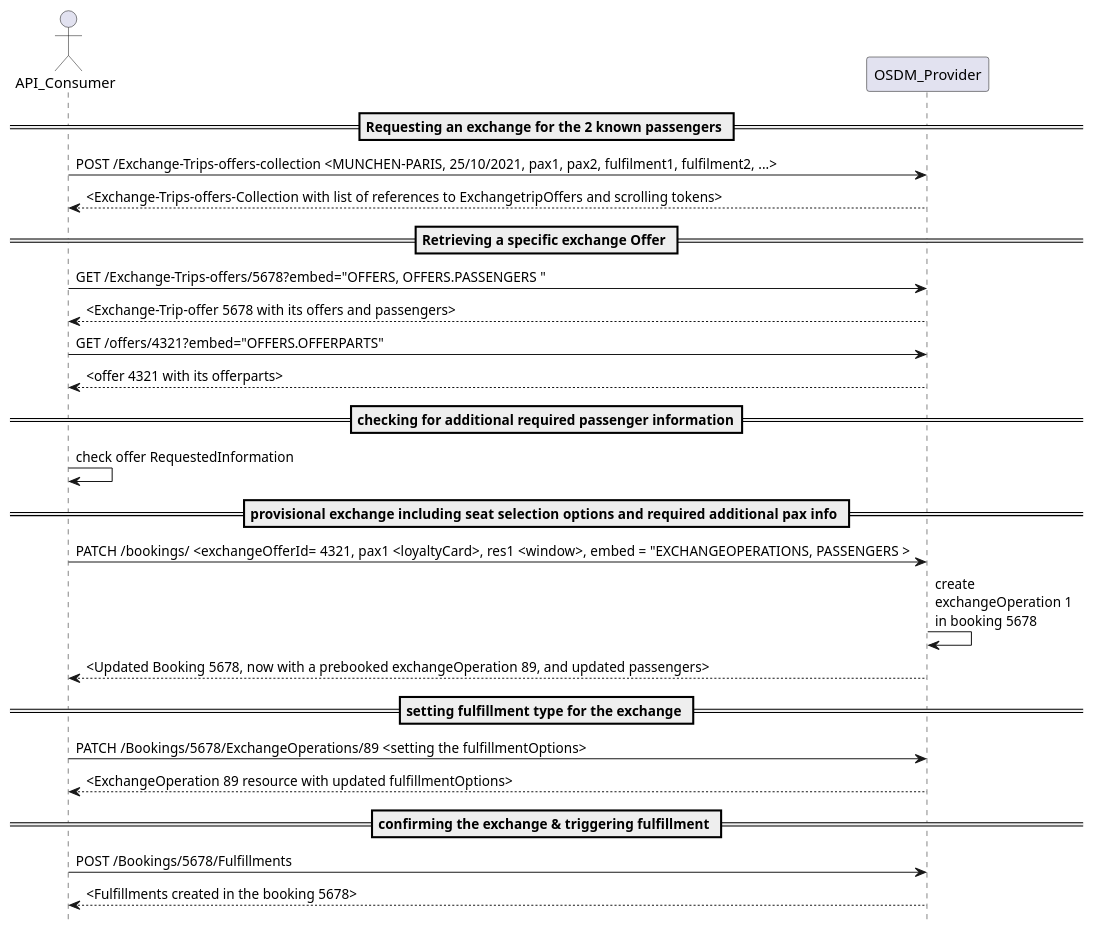
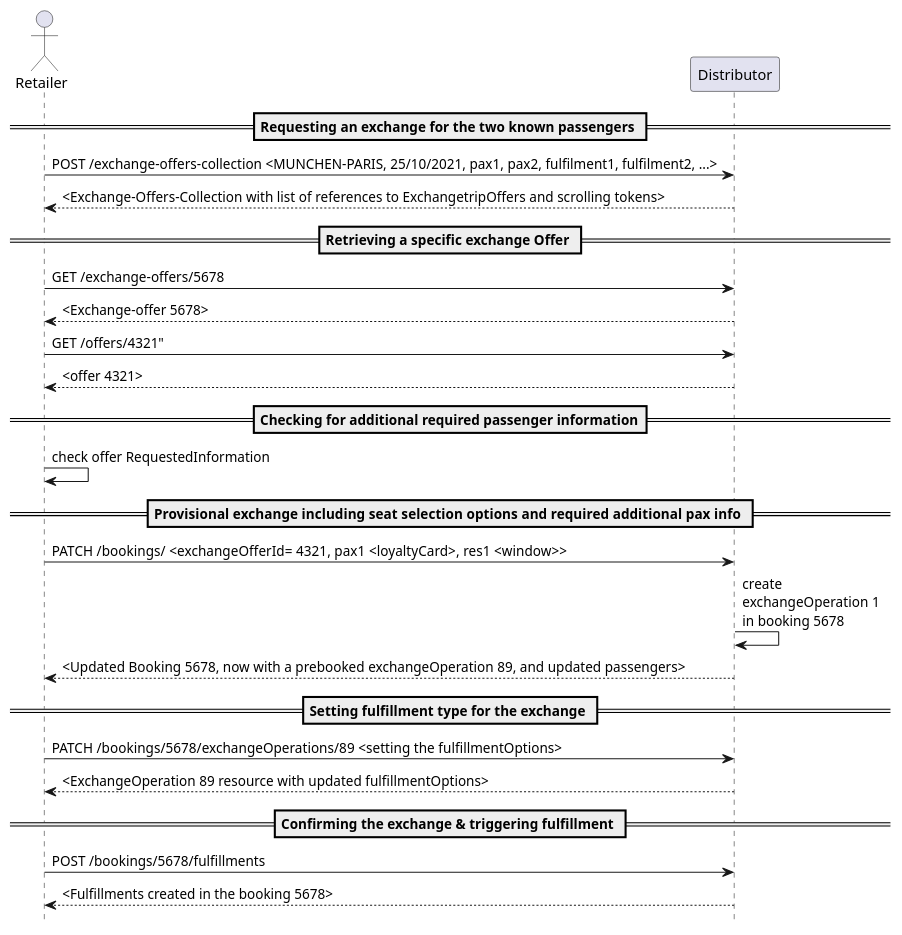
The diagram in images/processes/seq-exchange.puml (UnionInternationalCheminsdeFer/OSDM), drawn with PlantUML before and after one commit. The commit also changed 71 other files, not shown here.

```diff
--- a/images/processes/seq-exchange.puml
+++ b/images/processes/seq-exchange.puml
@@ -1,31 +1,31 @@
 @startuml
 hide footbox
 
-actor API_Consumer 
+actor Retailer
 
-== Requesting an exchange for the 2 known passengers ==
-API_Consumer -> OSDM_Provider: POST /Exchange-Trips-offers-collection <MUNCHEN-PARIS, 25/10/2021, pax1, pax2, fulfilment1, fulfilment2, ...>
-OSDM_Provider --> API_Consumer: <Exchange-Trips-offers-Collection with list of references to ExchangetripOffers and scrolling tokens>
+== Requesting an exchange for the two known passengers ==
+Retailer -> Distributor: POST /exchange-offers-collection <MUNCHEN-PARIS, 25/10/2021, pax1, pax2, fulfilment1, fulfilment2, ...>
+Distributor --> Retailer: <Exchange-Offers-Collection with list of references to ExchangetripOffers and scrolling tokens>
 
 == Retrieving a specific exchange Offer ==
-API_Consumer -> OSDM_Provider: GET /Exchange-Trips-offers/5678?embed="OFFERS, OFFERS.PASSENGERS "
-OSDM_Provider --> API_Consumer: <Exchange-Trip-offer 5678 with its offers and passengers>
-API_Consumer -> OSDM_Provider: GET /offers/4321?embed="OFFERS.OFFERPARTS"
-OSDM_Provider --> API_Consumer: <offer 4321 with its offerparts>
+Retailer -> Distributor: GET /exchange-offers/5678
+Distributor --> Retailer: <Exchange-offer 5678>
+Retailer -> Distributor: GET /offers/4321"
+Distributor --> Retailer: <offer 4321>
 
-==checking for additional required passenger information==
-API_Consumer -> API_Consumer: check offer RequestedInformation 
+== Checking for additional required passenger information==
+Retailer -> Retailer: check offer RequestedInformation 
 
-== provisional exchange  including seat selection options and required additional pax info ==
-API_Consumer -> OSDM_Provider: PATCH /bookings/ <exchangeOfferId= 4321, pax1 <loyaltyCard>, res1 <window>, embed = "EXCHANGEOPERATIONS, PASSENGERS >
-OSDM_Provider -> OSDM_Provider : create \nexchangeOperation 1 \nin booking 5678
-OSDM_Provider --> API_Consumer: <Updated Booking 5678, now with a prebooked exchangeOperation 89, and updated passengers>
+== Provisional exchange  including seat selection options and required additional pax info ==
+Retailer -> Distributor: PATCH /bookings/ <exchangeOfferId= 4321, pax1 <loyaltyCard>, res1 <window>>
+Distributor -> Distributor : create \nexchangeOperation 1 \nin booking 5678
+Distributor --> Retailer: <Updated Booking 5678, now with a prebooked exchangeOperation 89, and updated passengers>
 
-== setting fulfillment type for the exchange ==
-API_Consumer -> OSDM_Provider: PATCH /Bookings/5678/ExchangeOperations/89 <setting the fulfillmentOptions>
-OSDM_Provider --> API_Consumer: <ExchangeOperation 89 resource with updated fulfillmentOptions>
+== Setting fulfillment type for the exchange ==
+Retailer -> Distributor: PATCH /bookings/5678/exchangeOperations/89 <setting the fulfillmentOptions>
+Distributor --> Retailer: <ExchangeOperation 89 resource with updated fulfillmentOptions>
 
-== confirming the exchange & triggering fulfillment ==
-API_Consumer -> OSDM_Provider: POST /Bookings/5678/Fulfillments
-OSDM_Provider --> API_Consumer: <Fulfillments created in the booking 5678>
+== Confirming the exchange & triggering fulfillment ==
+Retailer -> Distributor: POST /bookings/5678/fulfillments
+Distributor --> Retailer: <Fulfillments created in the booking 5678>
 @enduml
```
